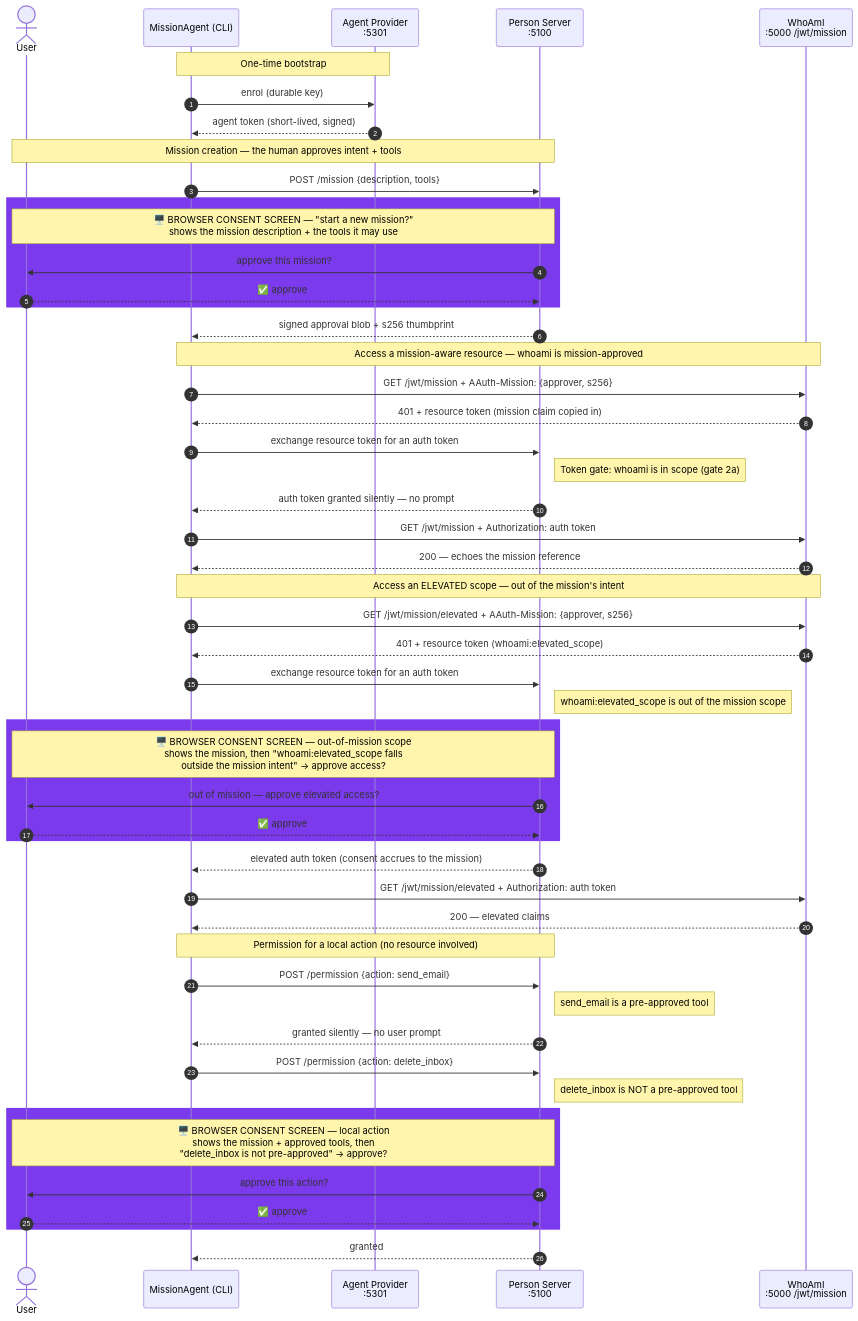
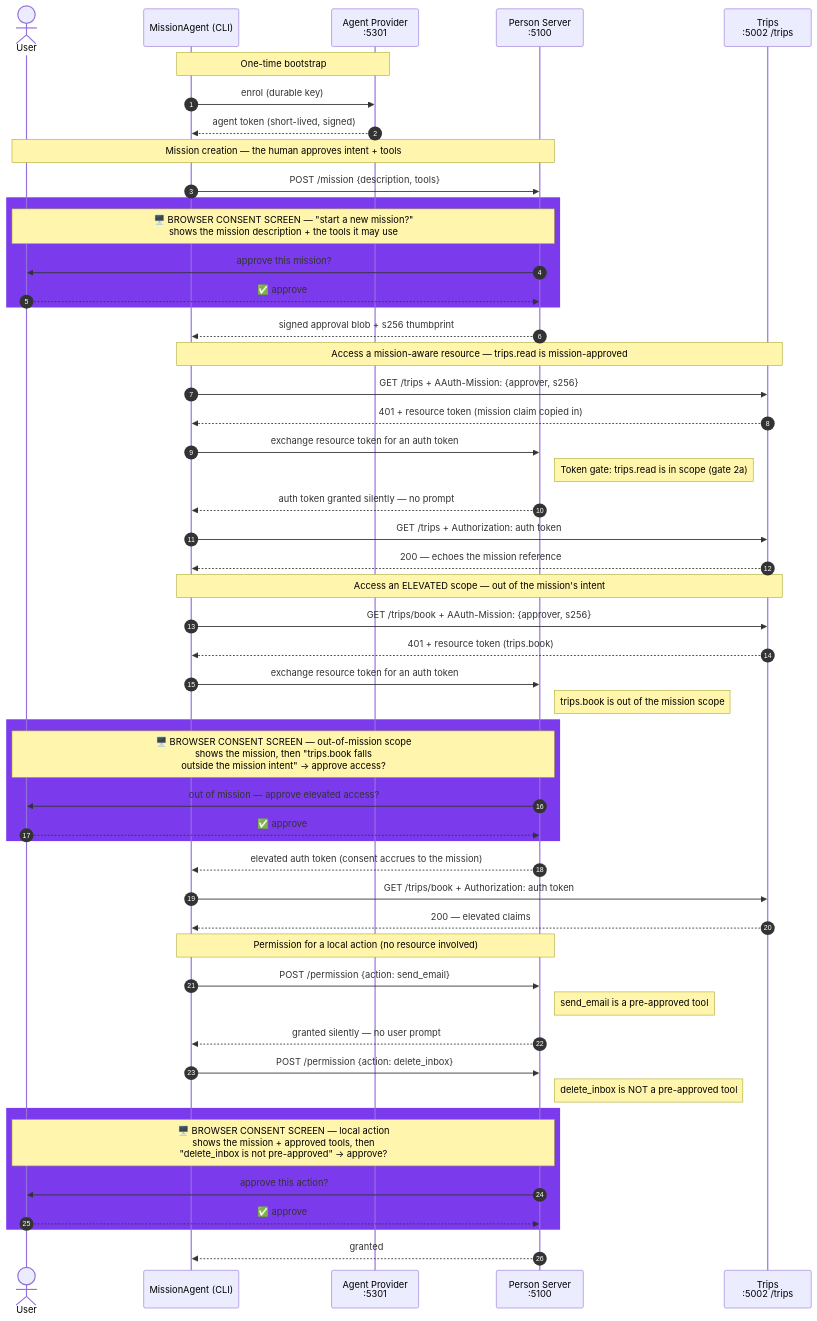
Before and after one commit to aauth-dev/dotnet-samples: the first of 2 diagrams in samples/MissionAgent/README.md, drawn with Mermaid. The commit also changed other lines of this file and 107 other files, not shown here.

First line of the commit message:
refactor(samples): split WhoAmI into four Aria resource servers

````diff
--- a/samples/MissionAgent/README.md
+++ b/samples/MissionAgent/README.md
@@ -75,58 +75,58 @@
 ```mermaid
 sequenceDiagram
     autonumber
     actor User
     participant Agent as MissionAgent (CLI)
     participant AP as Agent Provider<br/>:5301
     participant PS as Person Server<br/>:5100
-    participant R as WhoAmI<br/>:5000 /jwt/mission
+    participant R as Trips<br/>:5002 /trips
 
     Note over Agent,AP: One-time bootstrap
     Agent->>AP: enrol (durable key)
     AP-->>Agent: agent token (short-lived, signed)
 
     Note over User,PS: Mission creation — the human approves intent + tools
     Agent->>PS: POST /mission {description, tools}
     rect rgb(124, 58, 237)
         Note over User,PS: 🖥️ BROWSER CONSENT SCREEN — "start a new mission?"<br/>shows the mission description + the tools it may use
         PS->>User: approve this mission?
         User-->>PS: ✅ approve
     end
     PS-->>Agent: signed approval blob + s256 thumbprint
 
-    Note over Agent,R: Access a mission-aware resource — whoami is mission-approved
-    Agent->>R: GET /jwt/mission + AAuth-Mission: {approver, s256}
+    Note over Agent,R: Access a mission-aware resource — trips.read is mission-approved
+    Agent->>R: GET /trips + AAuth-Mission: {approver, s256}
     R-->>Agent: 401 + resource token (mission claim copied in)
     Agent->>PS: exchange resource token for an auth token
-    Note right of PS: Token gate: whoami is in scope (gate 2a)
+    Note right of PS: Token gate: trips.read is in scope (gate 2a)
     PS-->>Agent: auth token granted silently — no prompt
-    Agent->>R: GET /jwt/mission + Authorization: auth token
+    Agent->>R: GET /trips + Authorization: auth token
     R-->>Agent: 200 — echoes the mission reference
 
     Note over Agent,R: Access an ELEVATED scope — out of the mission's intent
-    Agent->>R: GET /jwt/mission/elevated + AAuth-Mission: {approver, s256}
-    R-->>Agent: 401 + resource token (whoami:elevated_scope)
+    Agent->>R: GET /trips/book + AAuth-Mission: {approver, s256}
+    R-->>Agent: 401 + resource token (trips.book)
     Agent->>PS: exchange resource token for an auth token
-    Note right of PS: whoami:elevated_scope is out of the mission scope
+    Note right of PS: trips.book is out of the mission scope
     rect rgb(124, 58, 237)
-        Note over User,PS: 🖥️ BROWSER CONSENT SCREEN — out-of-mission scope<br/>shows the mission, then "whoami:elevated_scope falls<br/>outside the mission intent" → approve access?
+        Note over User,PS: 🖥️ BROWSER CONSENT SCREEN — out-of-mission scope<br/>shows the mission, then "trips.book falls<br/>outside the mission intent" → approve access?
         PS->>User: out of mission — approve elevated access?
         User-->>PS: ✅ approve
     end
     PS-->>Agent: elevated auth token (consent accrues to the mission)
-    Agent->>R: GET /jwt/mission/elevated + Authorization: auth token
+    Agent->>R: GET /trips/book + Authorization: auth token
     R-->>Agent: 200 — elevated claims
 
     Note over Agent,PS: Permission for a local action (no resource involved)
     Agent->>PS: POST /permission {action: send_email}
     Note right of PS: send_email is a pre-approved tool
     PS-->>Agent: granted silently — no user prompt
     Agent->>PS: POST /permission {action: delete_inbox}
     Note right of PS: delete_inbox is NOT a pre-approved tool
     rect rgb(124, 58, 237)
         Note over User,PS: 🖥️ BROWSER CONSENT SCREEN — local action<br/>shows the mission + approved tools, then<br/>"delete_inbox is not pre-approved" → approve?
         PS->>User: approve this action?
         User-->>PS: ✅ approve
     end
     PS-->>Agent: granted
 ```
````
